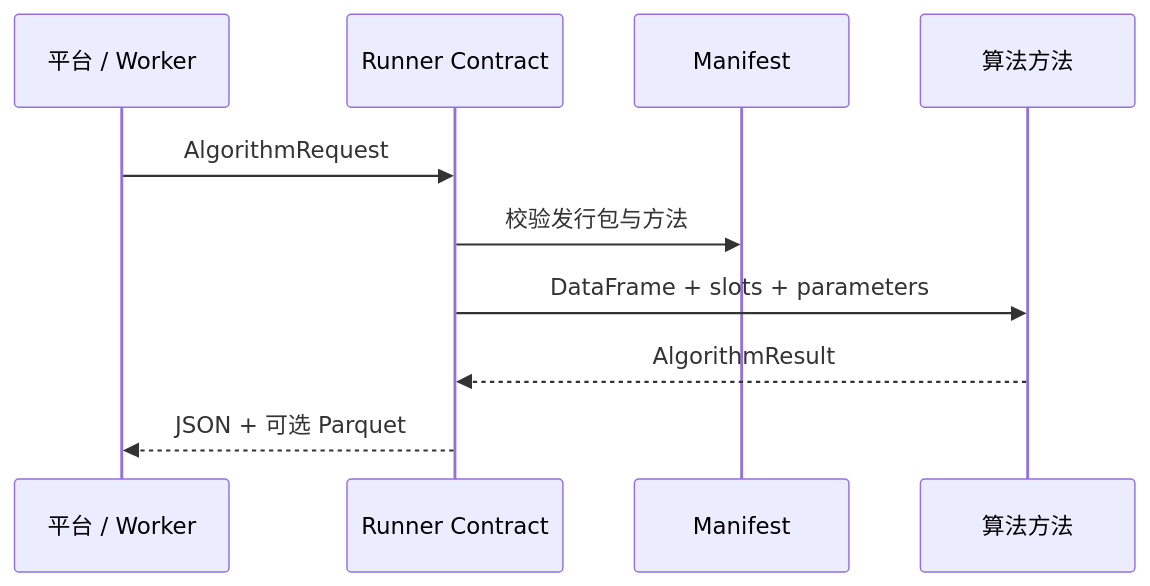
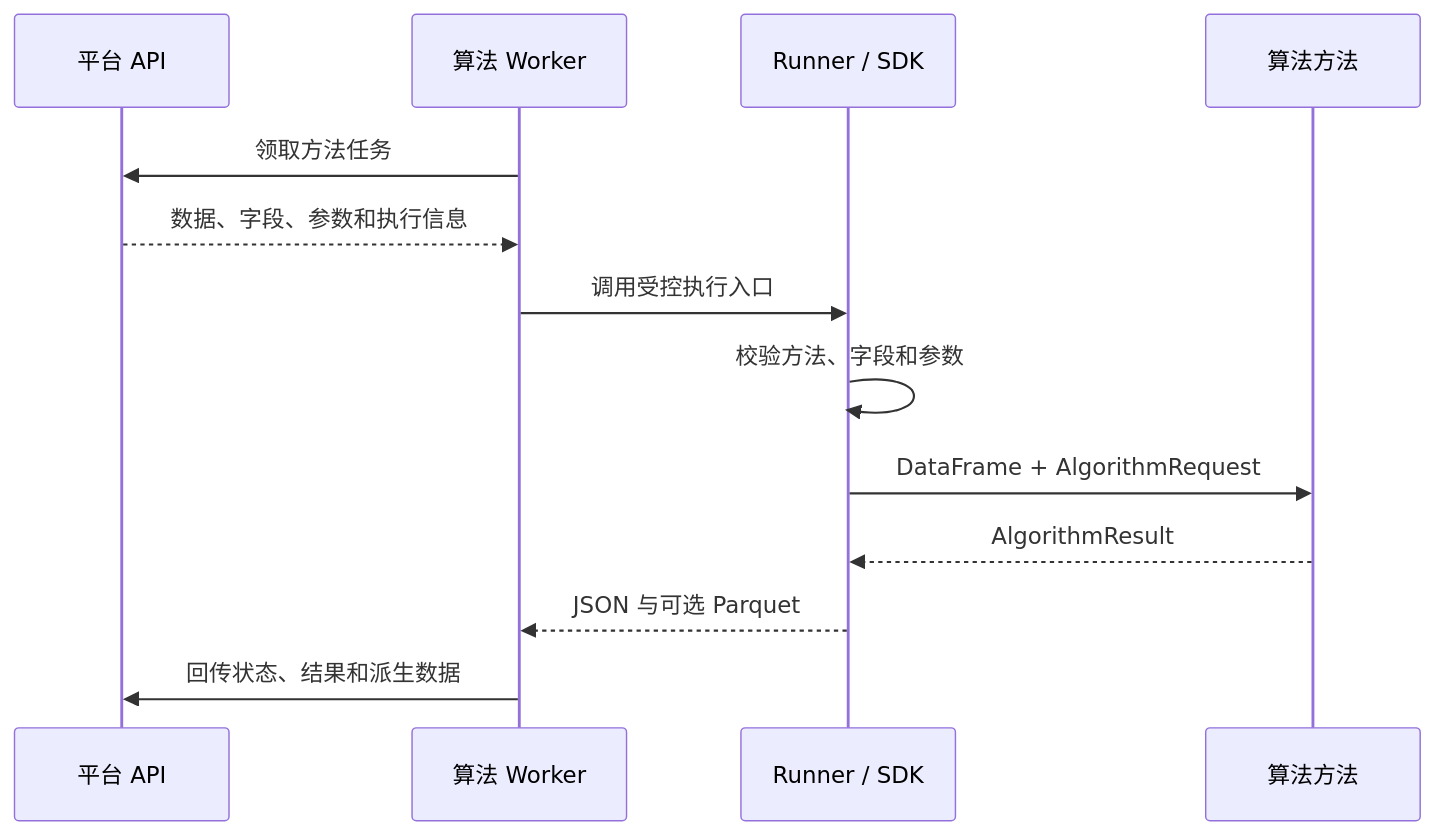
The diagram in README.md (Drmufeng/DataAnalysisAlgorithmLibrary), drawn with Mermaid before and after one commit. The commit also changed other lines of this file and 2 other files, not shown here.

````diff
--- a/README.md
+++ b/README.md
@@ -69,12 +260,15 @@
 ```mermaid
 sequenceDiagram
-    participant P as 平台 / Worker
-    participant C as Runner Contract
-    participant M as Manifest
+    participant P as 平台 API
+    participant W as 算法 Worker
+    participant R as Runner / SDK
     participant F as 算法方法
-    P->>C: AlgorithmRequest
-    C->>M: 校验发行包与方法
-    C->>F: DataFrame + slots + parameters
-    F-->>C: AlgorithmResult
-    C-->>P: JSON + 可选 Parquet
+    W->>P: 领取方法任务
+    P-->>W: 数据、字段、参数和执行信息
+    W->>R: 调用受控执行入口
+    R->>R: 校验方法、字段和参数
+    R->>F: DataFrame + AlgorithmRequest
+    F-->>R: AlgorithmResult
+    R-->>W: JSON 与可选 Parquet
+    W->>P: 回传状态、结果和派生数据
 ```
````
